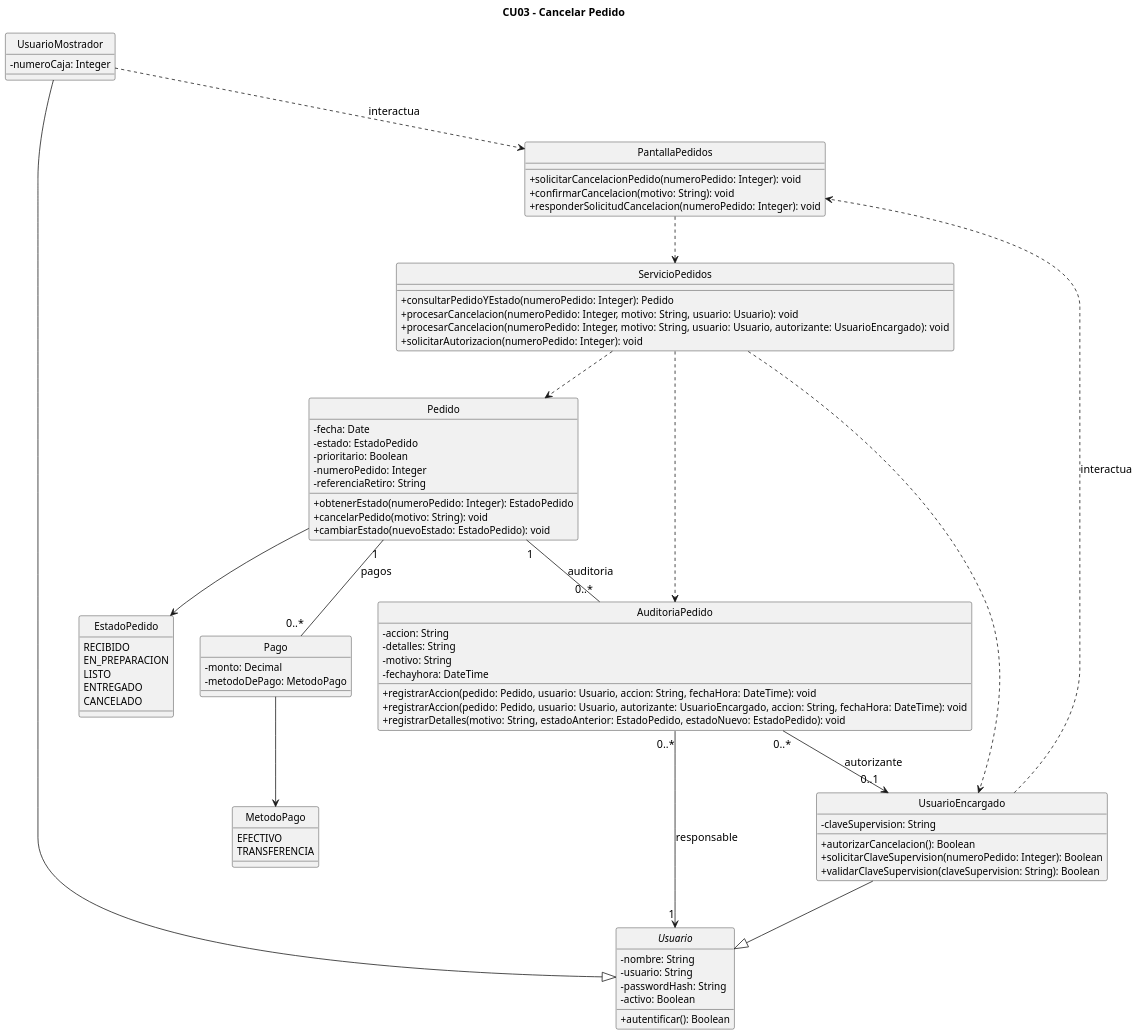
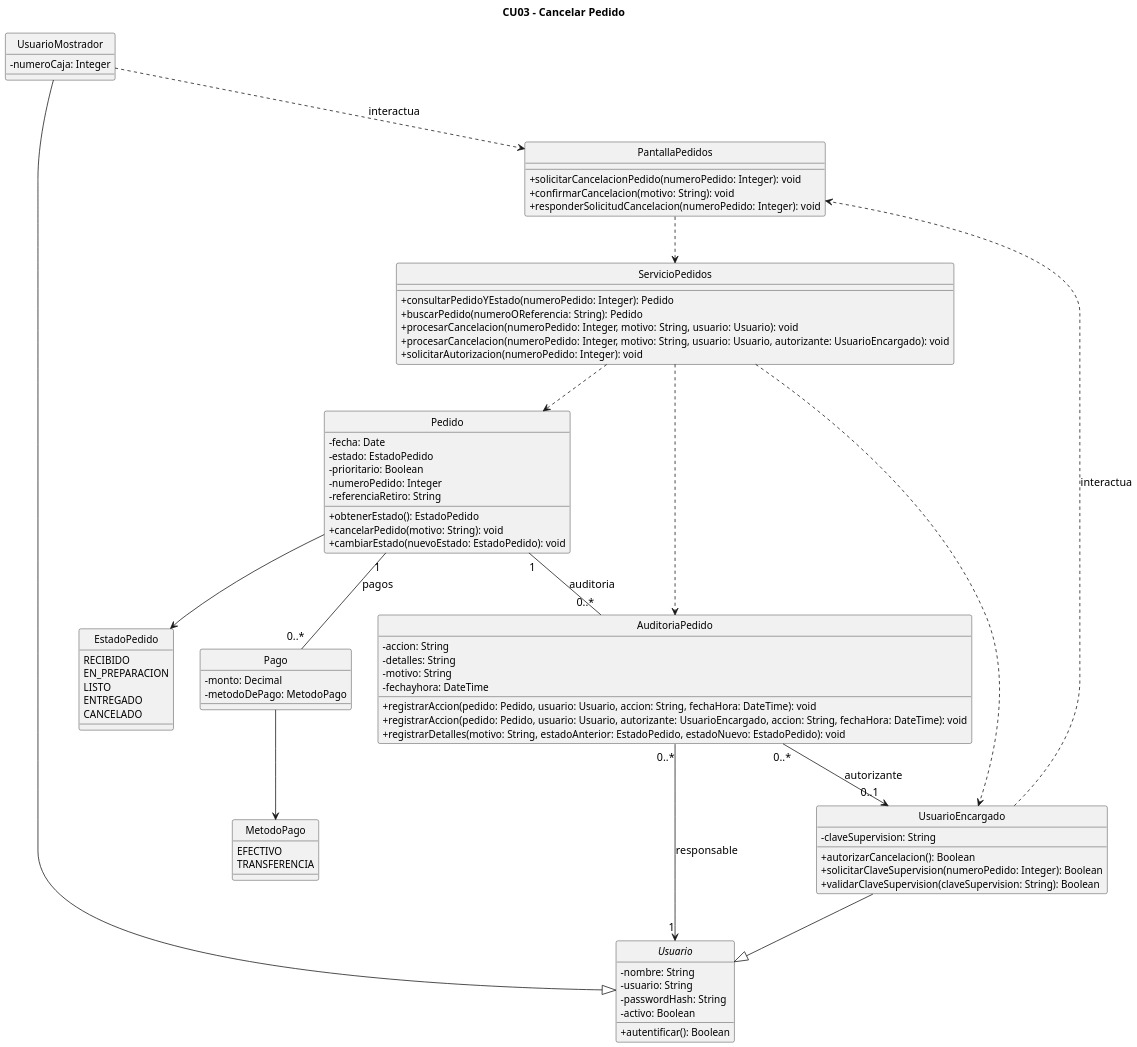
The diagram in diagramas/01-diagrama-clases/03-clases-cancelar-pedido-03.puml (eloeyhe/SistemaPedidos), drawn with PlantUML before and after one commit. The commit also changed 28 other files, not shown here.

First line of the commit message:
Unifico CU5 y los contratos de CU2, CU3 y CU4 y actualizo el diagrama final segun RC4 y RC18 a RC23

```diff
--- a/diagramas/01-diagrama-clases/03-clases-cancelar-pedido-03.puml
+++ b/diagramas/01-diagrama-clases/03-clases-cancelar-pedido-03.puml
@@ -2,101 +2,102 @@
 @startuml
 title CU03 - Cancelar Pedido
 top to bottom direction
 hide circle
 skinparam classAttributeIconSize 0
 skinparam defaultFontSize 14
 skinparam classFontSize 15
 skinparam classAttributeFontSize 13
 skinparam dpi 160
 
 abstract class Usuario {
   -nombre: String
   -usuario: String
   -passwordHash: String
   -activo: Boolean
   +autentificar(): Boolean
 }
 
 class UsuarioMostrador {
   -numeroCaja: Integer
 }
 
 class UsuarioEncargado {
   -claveSupervision: String
   +autorizarCancelacion(): Boolean
   +solicitarClaveSupervision(numeroPedido: Integer): Boolean
   +validarClaveSupervision(claveSupervision: String): Boolean
 }
 
 class PantallaPedidos {
   +solicitarCancelacionPedido(numeroPedido: Integer): void
   +confirmarCancelacion(motivo: String): void
   +responderSolicitudCancelacion(numeroPedido: Integer): void
 }
 
 class ServicioPedidos {
   +consultarPedidoYEstado(numeroPedido: Integer): Pedido
+  +buscarPedido(numeroOReferencia: String): Pedido
   +procesarCancelacion(numeroPedido: Integer, motivo: String, usuario: Usuario): void
   +procesarCancelacion(numeroPedido: Integer, motivo: String, usuario: Usuario, autorizante: UsuarioEncargado): void
   +solicitarAutorizacion(numeroPedido: Integer): void
 }
 
 class Pedido {
   -fecha: Date
   -estado: EstadoPedido
   -prioritario: Boolean
   -numeroPedido: Integer
   -referenciaRetiro: String
-  +obtenerEstado(numeroPedido: Integer): EstadoPedido
+  +obtenerEstado(): EstadoPedido
   +cancelarPedido(motivo: String): void
   +cambiarEstado(nuevoEstado: EstadoPedido): void
 }
 
 class Pago {
   -monto: Decimal
   -metodoDePago: MetodoPago
 }
 
 class AuditoriaPedido {
   -accion: String
   -detalles: String
   -motivo: String
   -fechayhora: DateTime
   +registrarAccion(pedido: Pedido, usuario: Usuario, accion: String, fechaHora: DateTime): void
   +registrarAccion(pedido: Pedido, usuario: Usuario, autorizante: UsuarioEncargado, accion: String, fechaHora: DateTime): void
   +registrarDetalles(motivo: String, estadoAnterior: EstadoPedido, estadoNuevo: EstadoPedido): void
 }
 
 enum EstadoPedido {
   RECIBIDO
   EN_PREPARACION
   LISTO
   ENTREGADO
   CANCELADO
 }
 
 enum MetodoPago {
   EFECTIVO
   TRANSFERENCIA
 }
 
 UsuarioMostrador --|> Usuario
 UsuarioEncargado --|> Usuario
 
 UsuarioMostrador ..> PantallaPedidos : interactua
 UsuarioEncargado ..> PantallaPedidos : interactua
 
 PantallaPedidos ..> ServicioPedidos
 ServicioPedidos ..> Pedido
 ServicioPedidos ..> AuditoriaPedido
 ServicioPedidos ..> UsuarioEncargado
 
 Pedido "1" -- "0..*" Pago : pagos
 Pedido "1" -- "0..*" AuditoriaPedido : auditoria
 
 AuditoriaPedido "0..*" --> "1" Usuario : responsable
 AuditoriaPedido "0..*" --> "0..1" UsuarioEncargado : autorizante
 
 Pedido --> EstadoPedido
 Pago --> MetodoPago
 @enduml
```
